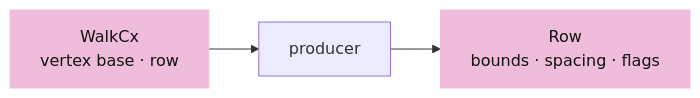
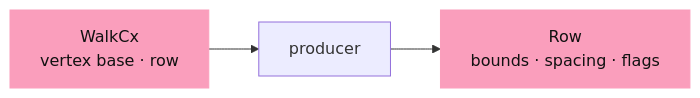
Before and after one commit to petrasvestartas/session: the fourth of 14 diagrams in session_viewer/docs/06-cad-contract.md, drawn with Mermaid. The commit also changed other lines of this file and 328 other files, not shown here.

First line of the commit message:
Course: the palette you sent, and mermaid drawn like the drawings

````diff
--- a/session_viewer/docs/06-cad-contract.md
+++ b/session_viewer/docs/06-cad-contract.md
@@ -86,7 +86,7 @@
 ```mermaid
 flowchart LR
     C["WalkCx<br/>vertex base · row"] --> P["producer"]
     P --> R["Row<br/>bounds · spacing · flags"]
-    style C fill:#f0bcdb,stroke:#f0bcdb,color:#111
-    style R fill:#f0bcdb,stroke:#f0bcdb,color:#111
+    style C fill:#fa9ebc,stroke:#fa9ebc,color:#111
+    style R fill:#fa9ebc,stroke:#fa9ebc,color:#111
 ```
````
